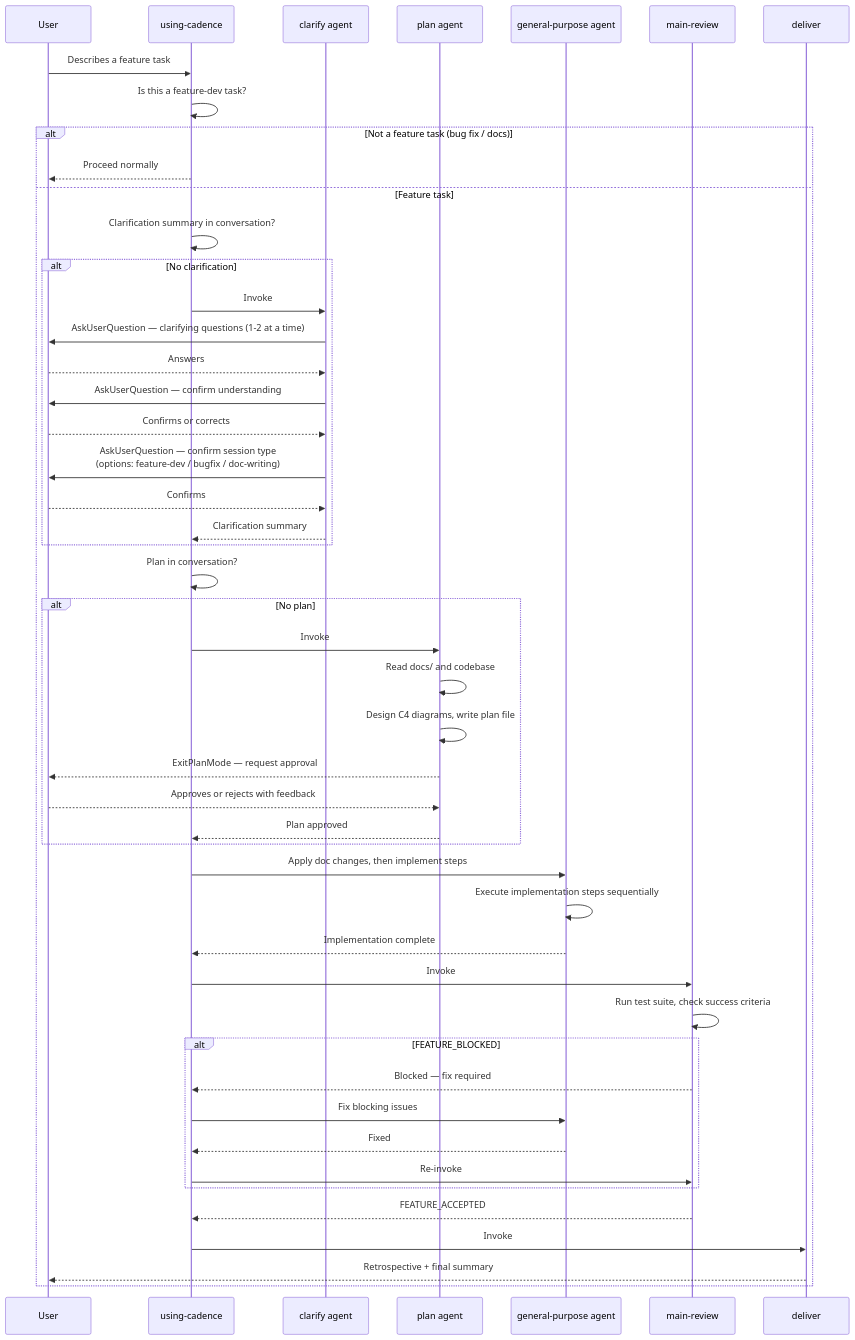
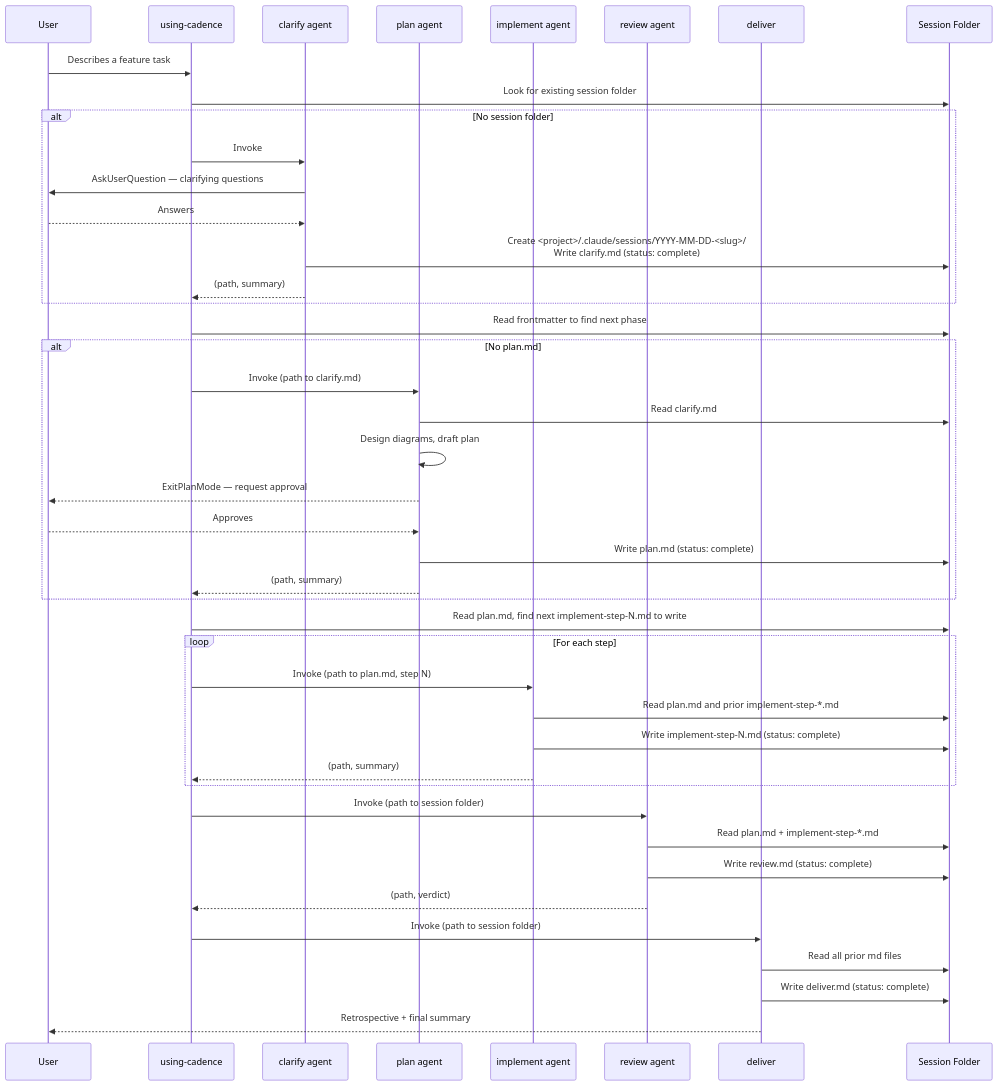
One commit to vivaxy/claude-code-plugin-graph-driven-development changed the diagram in plugins/cadence/docs/c4-seq-execution.md. Above: the diagram before and after it, drawn with Mermaid. The commit also changed other lines of this file and 14 other files, not shown here.

````diff
--- a/plugins/cadence/docs/c4-seq-execution.md
+++ b/plugins/cadence/docs/c4-seq-execution.md
@@ -9,56 +9,50 @@
 ```mermaid
 sequenceDiagram
   participant User
   participant Routing as using-cadence
   participant Clarify as clarify agent
   participant Plan as plan agent
-  participant Impl as general-purpose agent
-  participant Review as main-review
+  participant Impl as implement agent
+  participant Review as review agent
   participant Deliver as deliver
+  participant Folder as Session Folder
 
   User->>Routing: Describes a feature task
-  Routing->>Routing: Is this a feature-dev task?
+  Routing->>Folder: Look for existing session folder
+  alt No session folder
+    Routing->>Clarify: Invoke
+    Clarify->>User: AskUserQuestion — clarifying questions
+    User-->>Clarify: Answers
+    Clarify->>Folder: Create <project>/.claude/sessions/YYYY-MM-DD-<slug>/<br>Write clarify.md (status: complete)
+    Clarify-->>Routing: (path, summary)
+  end
 
-  alt Not a feature task (bug fix / docs)
-    Routing-->>User: Proceed normally
-  else Feature task
-    Routing->>Routing: Clarification summary in conversation?
-    alt No clarification
-      Routing->>Clarify: Invoke
-      Clarify->>User: AskUserQuestion — clarifying questions (1-2 at a time)
-      User-->>Clarify: Answers
-      Clarify->>User: AskUserQuestion — confirm understanding
-      User-->>Clarify: Confirms or corrects
-      Clarify->>User: AskUserQuestion — confirm session type<br>(options: feature-dev / bugfix / doc-writing)
-      User-->>Clarify: Confirms
-      Clarify-->>Routing: Clarification summary
-    end
+  Routing->>Folder: Read frontmatter to find next phase
+  alt No plan.md
+    Routing->>Plan: Invoke (path to clarify.md)
+    Plan->>Folder: Read clarify.md
+    Plan->>Plan: Design diagrams, draft plan
+    Plan-->>User: ExitPlanMode — request approval
+    User-->>Plan: Approves
+    Plan->>Folder: Write plan.md (status: complete)
+    Plan-->>Routing: (path, summary)
+  end
 
-    Routing->>Routing: Plan in conversation?
-    alt No plan
-      Routing->>Plan: Invoke
-      Plan->>Plan: Read docs/ and codebase
-      Plan->>Plan: Design C4 diagrams, write plan file
-      Plan-->>User: ExitPlanMode — request approval
-      User-->>Plan: Approves or rejects with feedback
-      Plan-->>Routing: Plan approved
-    end
+  Routing->>Folder: Read plan.md, find next implement-step-N.md to write
+  loop For each step
+    Routing->>Impl: Invoke (path to plan.md, step N)
+    Impl->>Folder: Read plan.md and prior implement-step-*.md
+    Impl->>Folder: Write implement-step-N.md (status: complete)
+    Impl-->>Routing: (path, summary)
+  end
 
-    Routing->>Impl: Apply doc changes, then implement steps
-    Impl->>Impl: Execute implementation steps sequentially
-    Impl-->>Routing: Implementation complete
+  Routing->>Review: Invoke (path to session folder)
+  Review->>Folder: Read plan.md + implement-step-*.md
+  Review->>Folder: Write review.md (status: complete)
+  Review-->>Routing: (path, verdict)
 
-    Routing->>Review: Invoke
-    Review->>Review: Run test suite, check success criteria
-    alt FEATURE_BLOCKED
-      Review-->>Routing: Blocked — fix required
-      Routing->>Impl: Fix blocking issues
-      Impl-->>Routing: Fixed
-      Routing->>Review: Re-invoke
-    end
-    Review-->>Routing: FEATURE_ACCEPTED
-
-    Routing->>Deliver: Invoke
-    Deliver-->>User: Retrospective + final summary
-  end
+  Routing->>Deliver: Invoke (path to session folder)
+  Deliver->>Folder: Read all prior md files
+  Deliver->>Folder: Write deliver.md (status: complete)
+  Deliver-->>User: Retrospective + final summary
 ```
````
